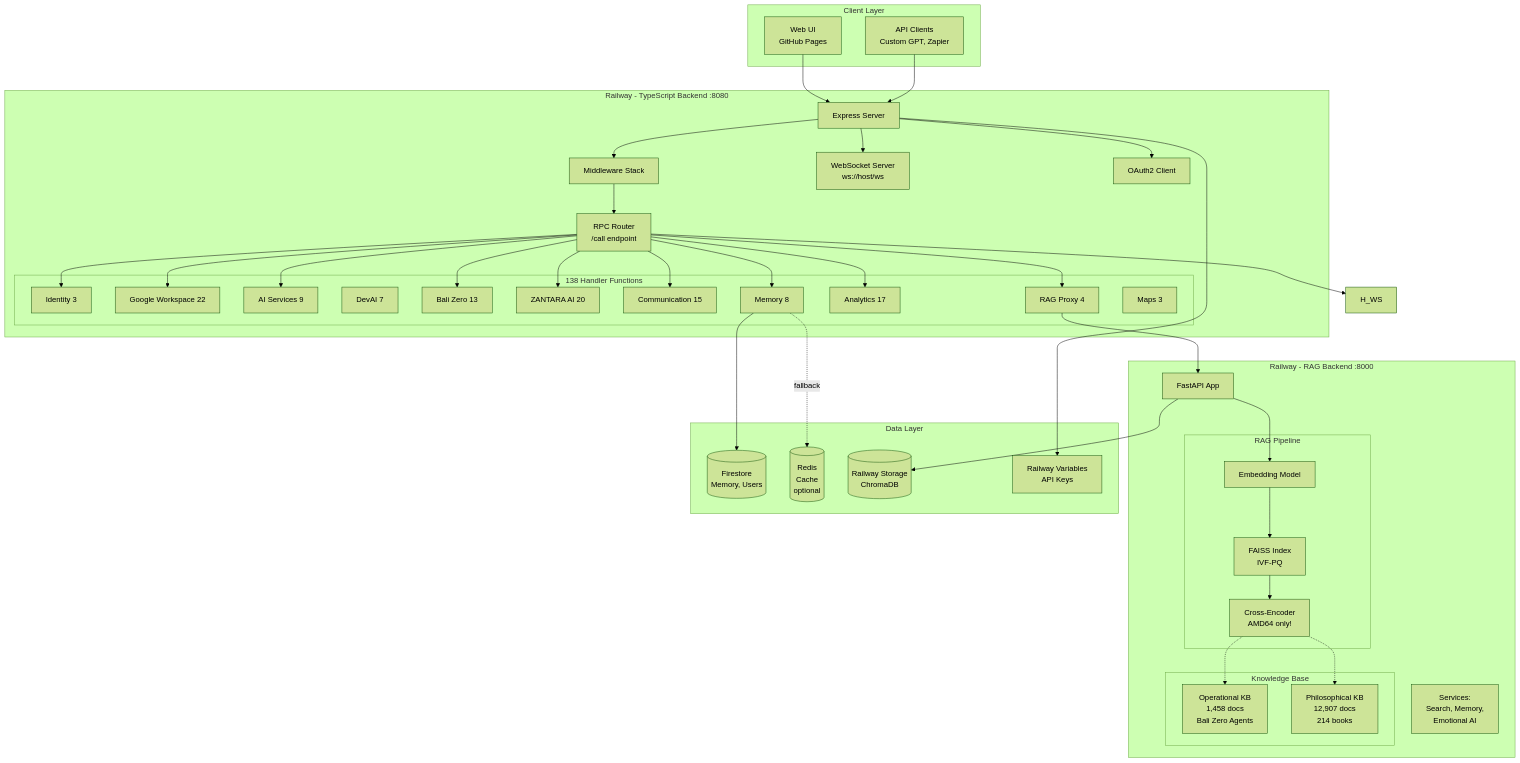
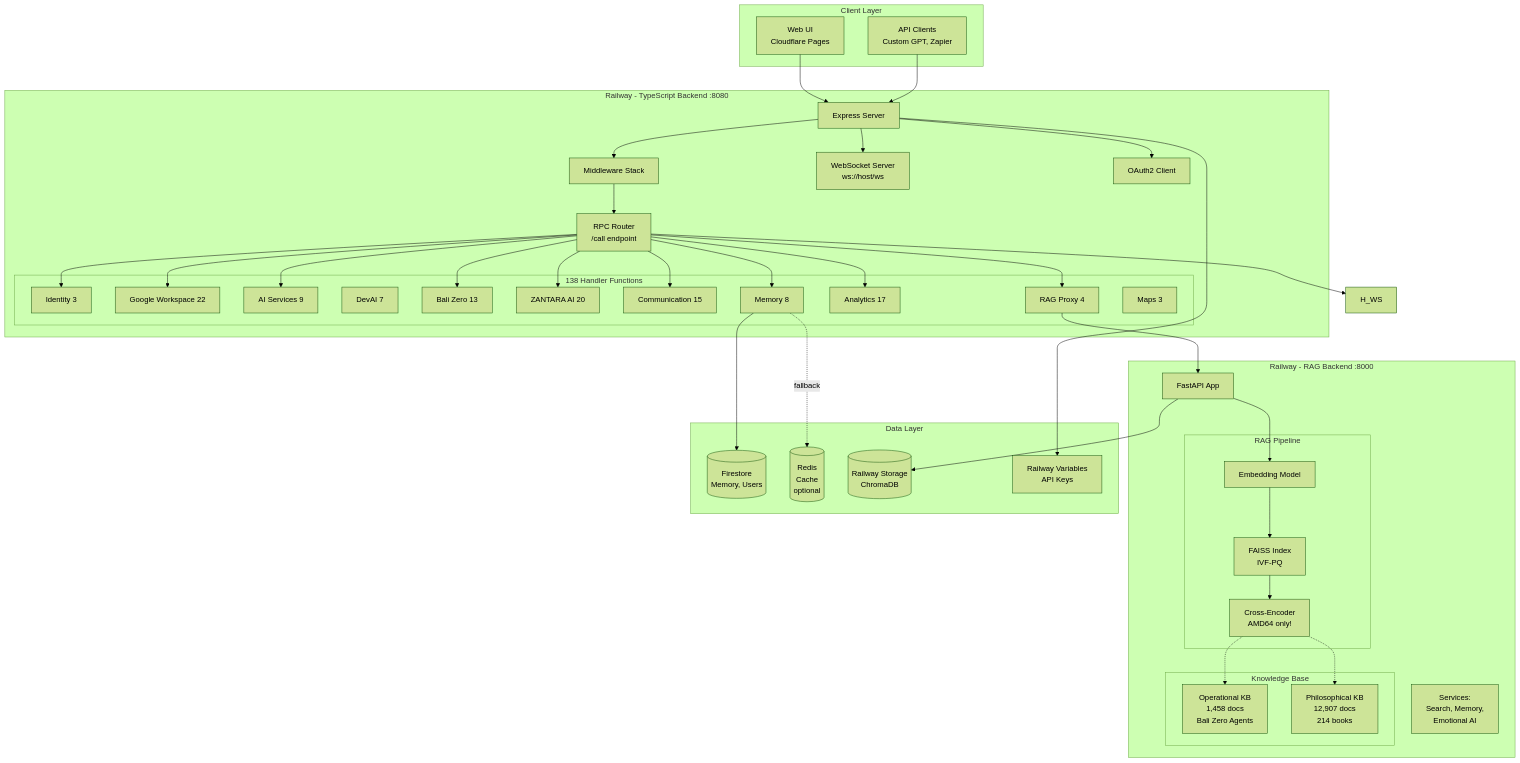
The first of 4 diagrams in docs/architecture/ARCHITECTURE.md (Balizero1987/nuzantara), drawn with Mermaid (forest theme) before and after one commit. The commit also changed other lines of this file and 171 other files, not shown here.

First line of the commit message:
chore: Repository cleanup and Cloudflare Pages migration

````diff
--- a/docs/architecture/ARCHITECTURE.md
+++ b/docs/architecture/ARCHITECTURE.md
@@ -19,76 +19,76 @@
 ```mermaid
 graph TB
     subgraph "Client Layer"
-        WebUI[Web UI<br/>GitHub Pages]
+        WebUI[Web UI<br/>Cloudflare Pages]
         API_Clients[API Clients<br/>Custom GPT, Zapier]
     end
 
     subgraph "Railway - TypeScript Backend :8080"
         Express[Express Server]
         Router[RPC Router<br/>/call endpoint]
         MW[Middleware Stack]
 
         subgraph "138 Handler Functions"
             H_Identity[Identity 3]
             H_GWS[Google Workspace 22]
             H_AI[AI Services 9]
             H_DevAI[DevAI 7]
             H_BZ[Bali Zero 13]
             H_Zantara[ZANTARA AI 20]
             H_Comm[Communication 15]
             H_Memory[Memory 8]
             H_Analytics[Analytics 17]
             H_RAG[RAG Proxy 4]
             H_Maps[Maps 3]
         end
 
         WS[WebSocket Server<br/>ws://host/ws]
         OAuth[OAuth2 Client]
     end
 
     subgraph "Railway - RAG Backend :8000"
         FastAPI[FastAPI App]
 
         subgraph "RAG Pipeline"
             Embed[Embedding Model]
             FAISS[FAISS Index<br/>IVF-PQ]
             Rerank[Cross-Encoder<br/>AMD64 only!]
         end
 
         subgraph "Knowledge Base"
             KB_Ops[Operational KB<br/>1,458 docs<br/>Bali Zero Agents]
             KB_Phil[Philosophical KB<br/>12,907 docs<br/>214 books]
         end
 
         Services[Services:<br/>Search, Memory,<br/>Emotional AI]
     end
 
     subgraph "Data Layer"
         Firestore[(Firestore<br/>Memory, Users)]
         Redis[(Redis<br/>Cache<br/>optional)]
         Storage[(Railway Storage<br/>ChromaDB)]
         EnvVars[Railway Variables<br/>API Keys]
     end
 
     WebUI --> Express
     API_Clients --> Express
     Express --> MW
     MW --> Router
     Router --> H_Identity & H_GWS & H_AI & H_BZ & H_Zantara
     Router --> H_Comm & H_Memory & H_Analytics & H_RAG & H_WS
 
     H_RAG --> FastAPI
     FastAPI --> Embed
     Embed --> FAISS
     FAISS --> Rerank
     Rerank -.-> KB_Ops
     Rerank -.-> KB_Phil
 
     Express --> WS
     Express --> OAuth
 
     H_Memory --> Firestore
     H_Memory -.fallback.-> Redis
     FastAPI --> Storage
     Express --> EnvVars
 ```
````
